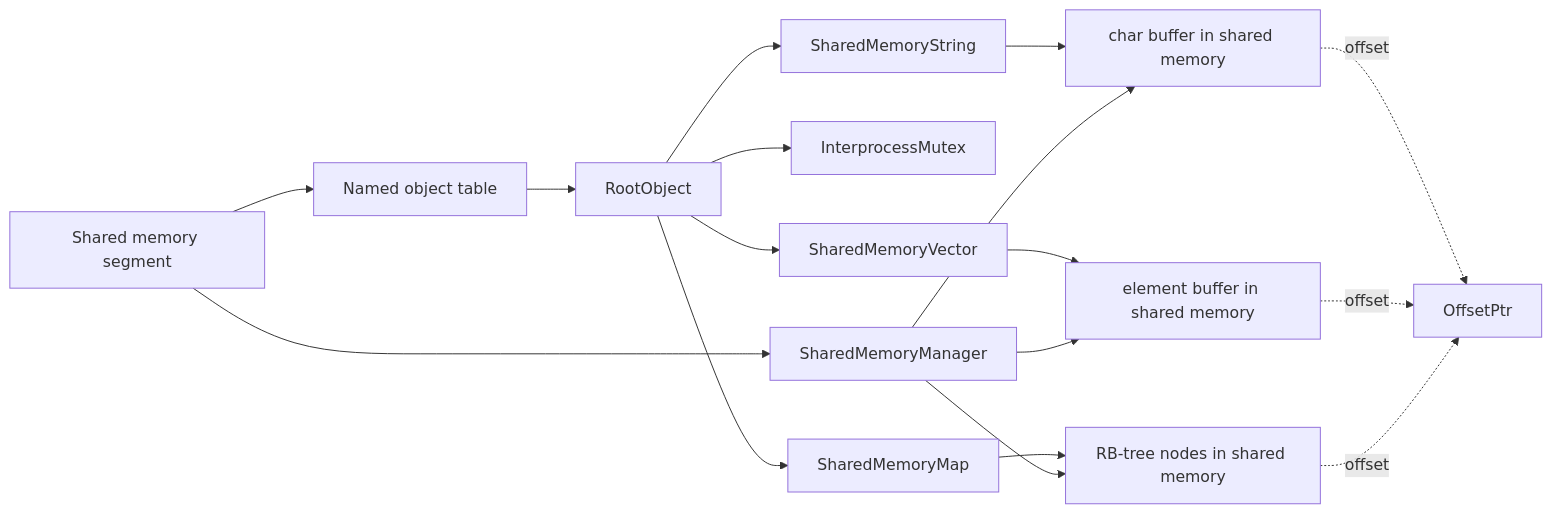
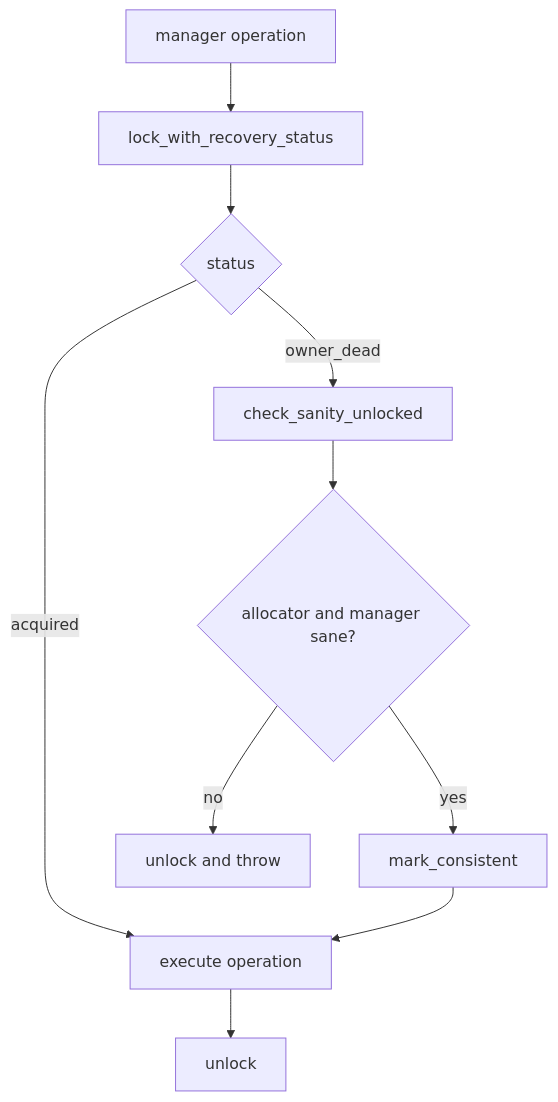
One commit to silencewings1/shm_next changed the sixth of 7 diagrams in README.md. Above: the diagram before and after it, drawn with Mermaid. The commit also changed other lines of this file and 8 other files, not shown here.

````diff
--- a/README.md
+++ b/README.md
@@ -142,23 +240,12 @@
 ```mermaid
-flowchart LR
-    A["Shared memory segment"] --> B["SharedMemoryManager"]
-    A --> C["Named object table"]
-    C --> D["RootObject"]
-
-    D --> E["InterprocessMutex"]
-    D --> F["SharedMemoryString"]
-    D --> G["SharedMemoryVector<T>"]
-    D --> H["SharedMemoryMap<Key, Value>"]
-
-    F --> I["char buffer in shared memory"]
-    G --> J["element buffer in shared memory"]
-    H --> K["RB-tree nodes in shared memory"]
-
-    B --> I
-    B --> J
-    B --> K
-
-    I -. offset .-> L["OffsetPtr"]
-    J -. offset .-> L
-    K -. offset .-> L
+flowchart TD
+    A["manager operation"] --> B["lock_with_recovery_status"]
+    B --> C{"status"}
+    C -- "acquired" --> D["execute operation"]
+    C -- "owner_dead" --> E["check_sanity_unlocked"]
+    E --> F{"allocator and manager sane?"}
+    F -- "yes" --> G["mark_consistent"]
+    G --> D
+    F -- "no" --> H["unlock and throw"]
+    D --> I["unlock"]
 ```
````
